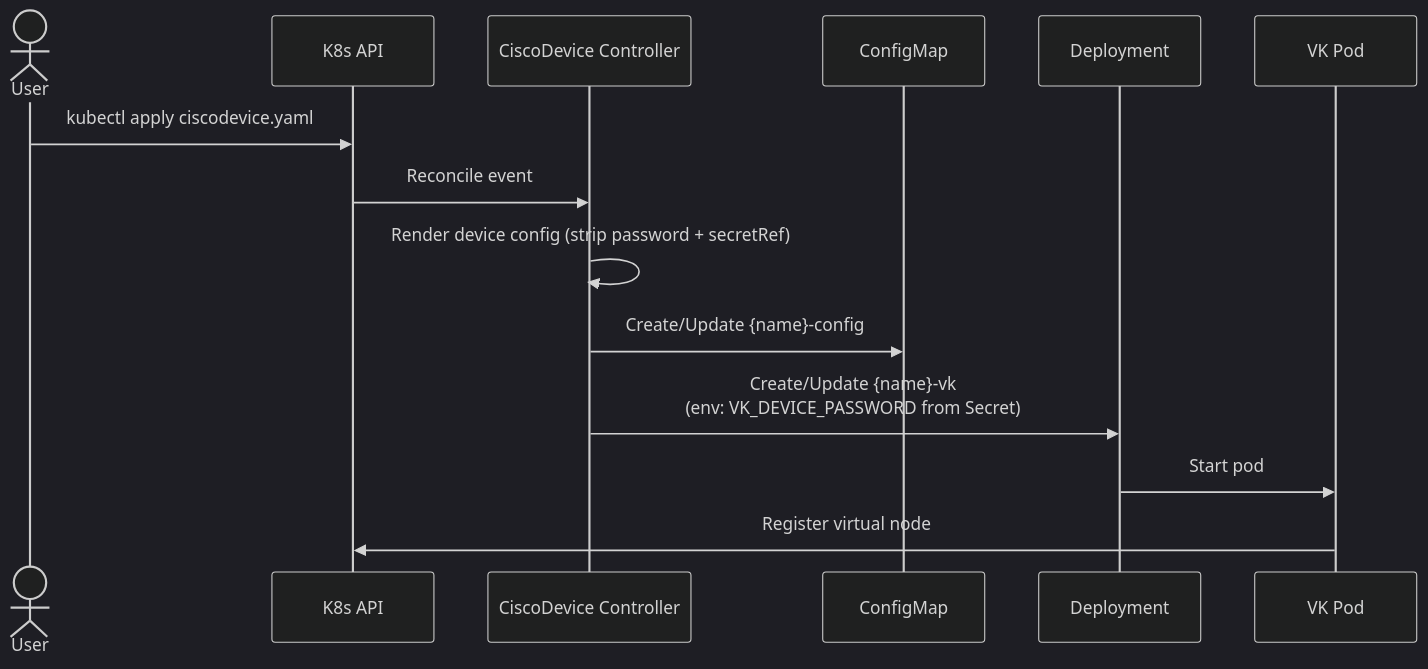
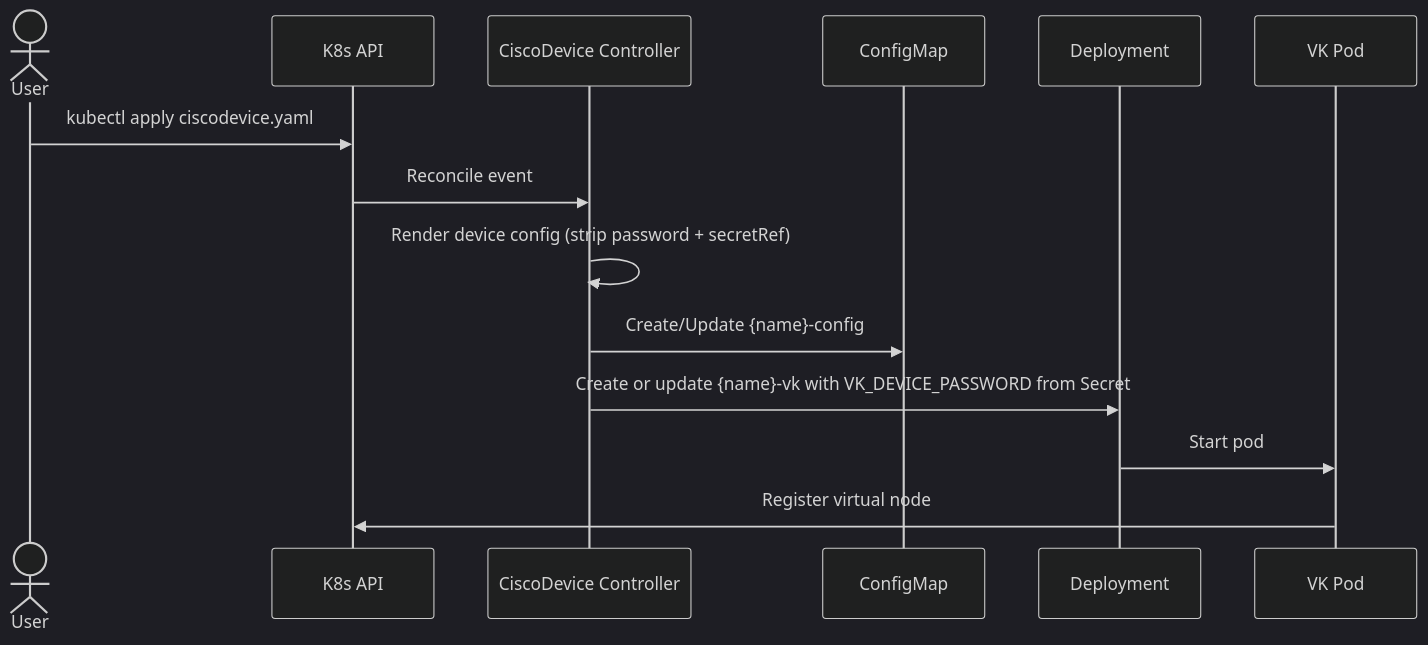
One commit to cisco-open/cisco-virtual-kubelet changed the second of 4 diagrams in docs/ARCHITECTURE.md. Above: the diagram before and after it, drawn with Mermaid (dark theme). The commit also changed other lines of this file and 8 other files, not shown here.

````diff
--- a/docs/ARCHITECTURE.md
+++ b/docs/ARCHITECTURE.md
@@ -225,17 +190,17 @@
 ```mermaid
 sequenceDiagram
     actor User
     participant API as K8s API
     participant Ctrl as CiscoDevice Controller
     participant CM as ConfigMap
     participant Dep as Deployment
     participant VK as VK Pod
 
     User->>API: kubectl apply ciscodevice.yaml
     API->>Ctrl: Reconcile event
     Ctrl->>Ctrl: Render device config (strip password + secretRef)
     Ctrl->>CM: Create/Update {name}-config
-    Ctrl->>Dep: Create/Update {name}-vk<br/>(env: VK_DEVICE_PASSWORD from Secret)
+    Ctrl->>Dep: Create or update {name}-vk with VK_DEVICE_PASSWORD from Secret
     Dep->>VK: Start pod
     VK->>API: Register virtual node
 ```
````
